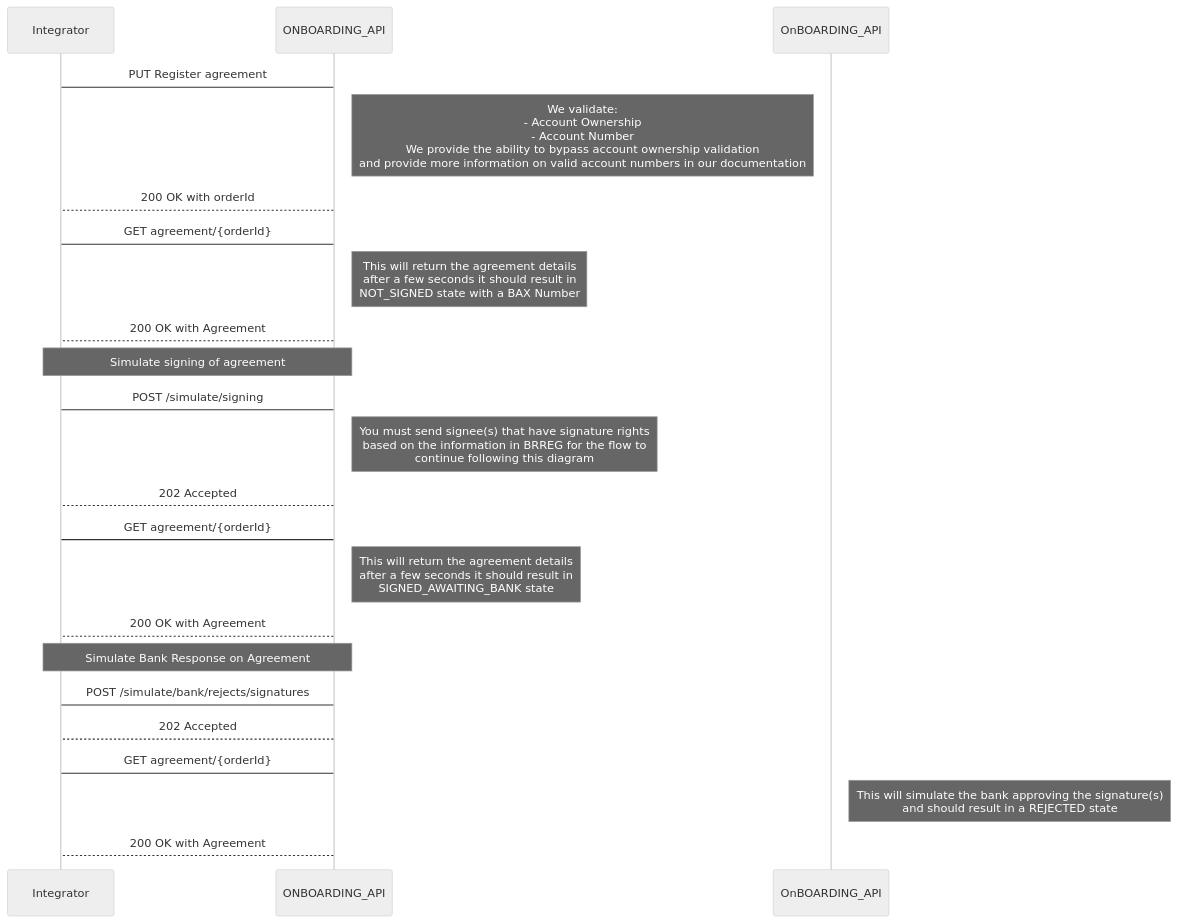
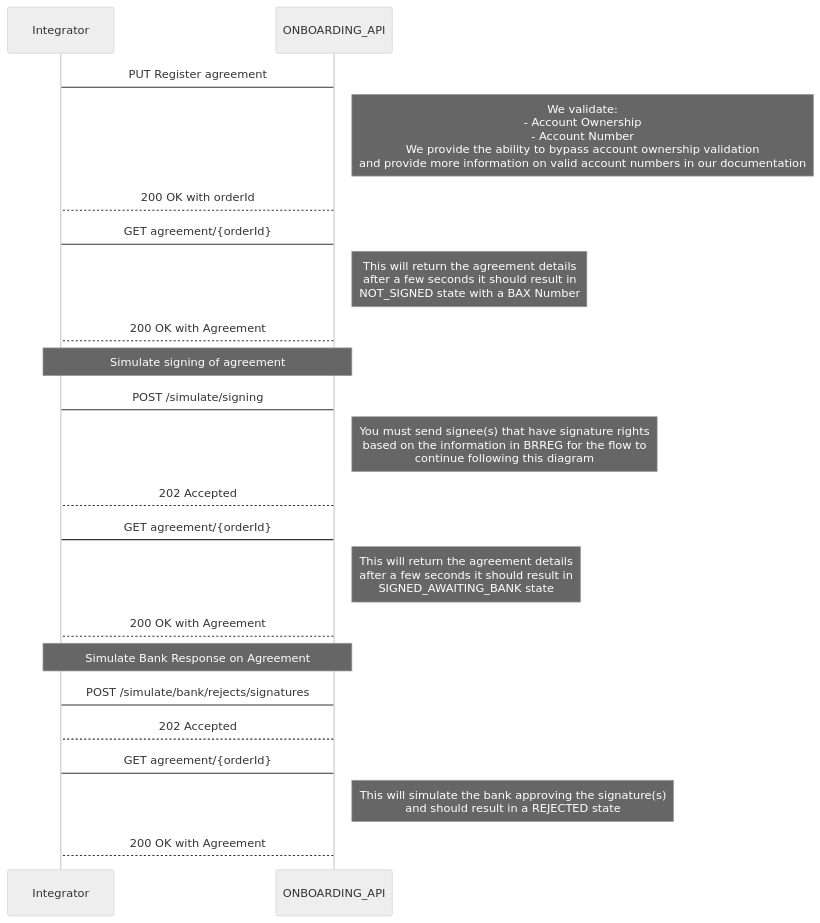
One commit to BankAxept/bankaxept-onboarding-external-documentation changed the fifth of 5 diagrams in docs/getting_started.md. Above: the diagram before and after it, drawn with Mermaid (neutral theme). The commit also changed other lines of this file, not shown here.

````diff
--- a/docs/getting_started.md
+++ b/docs/getting_started.md
@@ -121,29 +121,29 @@
 ```mermaid
 sequenceDiagram
 participant Integrator
 participant ONBOARDING_API
 
 Integrator -> ONBOARDING_API: PUT Register agreement
 note right of ONBOARDING_API: We validate: <br/> - Account Ownership <br/> - Account Number <br/> We provide the ability to bypass account ownership validation <br/> and provide more information on valid account numbers in our documentation
 ONBOARDING_API --> Integrator: 200 OK with orderId
 
 Integrator -> ONBOARDING_API : GET agreement/{orderId}
 note right of ONBOARDING_API: This will return the agreement details <br/> after a few seconds it should result in <br/> NOT_SIGNED state with a BAX Number
 ONBOARDING_API --> Integrator: 200 OK with Agreement
 note over Integrator, ONBOARDING_API: Simulate signing of agreement
 Integrator -> ONBOARDING_API: POST /simulate/signing
 note right of ONBOARDING_API: You must send signee(s) that have signature rights <br/> based on the information in BRREG for the flow to <br/> continue following this diagram
 ONBOARDING_API --> Integrator: 202 Accepted
 Integrator -> ONBOARDING_API : GET agreement/{orderId}
 note right of ONBOARDING_API: This will return the agreement details <br/> after a few seconds it should result in <br/> SIGNED_AWAITING_BANK state
 ONBOARDING_API --> Integrator: 200 OK with Agreement
 
 note over Integrator, ONBOARDING_API: Simulate Bank Response on Agreement
 
 Integrator -> ONBOARDING_API: POST /simulate/bank/rejects/signatures
 
 ONBOARDING_API --> Integrator: 202 Accepted
 Integrator -> ONBOARDING_API : GET agreement/{orderId}
-note right of OnBOARDING_API: This will simulate the bank approving the signature(s) <br/> and should result in a REJECTED state
+note right of ONBOARDING_API: This will simulate the bank approving the signature(s) <br/> and should result in a REJECTED state
 ONBOARDING_API --> Integrator: 200 OK with Agreement
 ```
````
